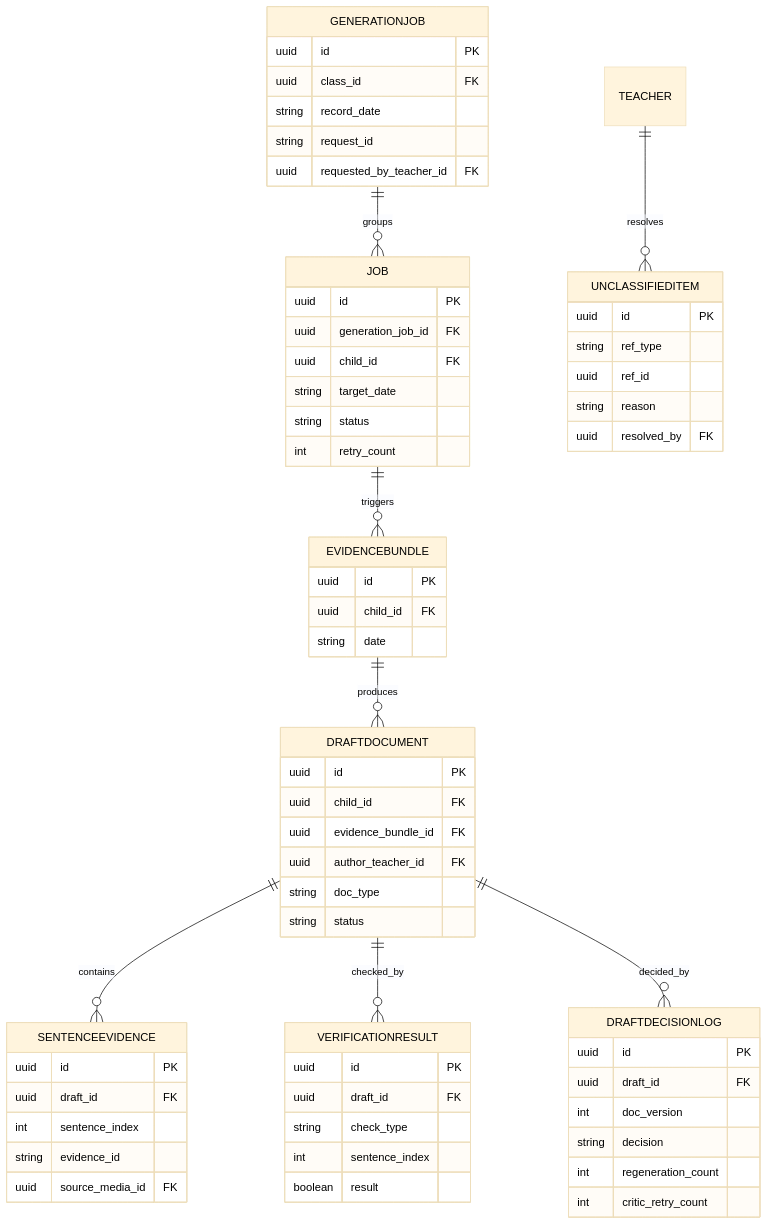
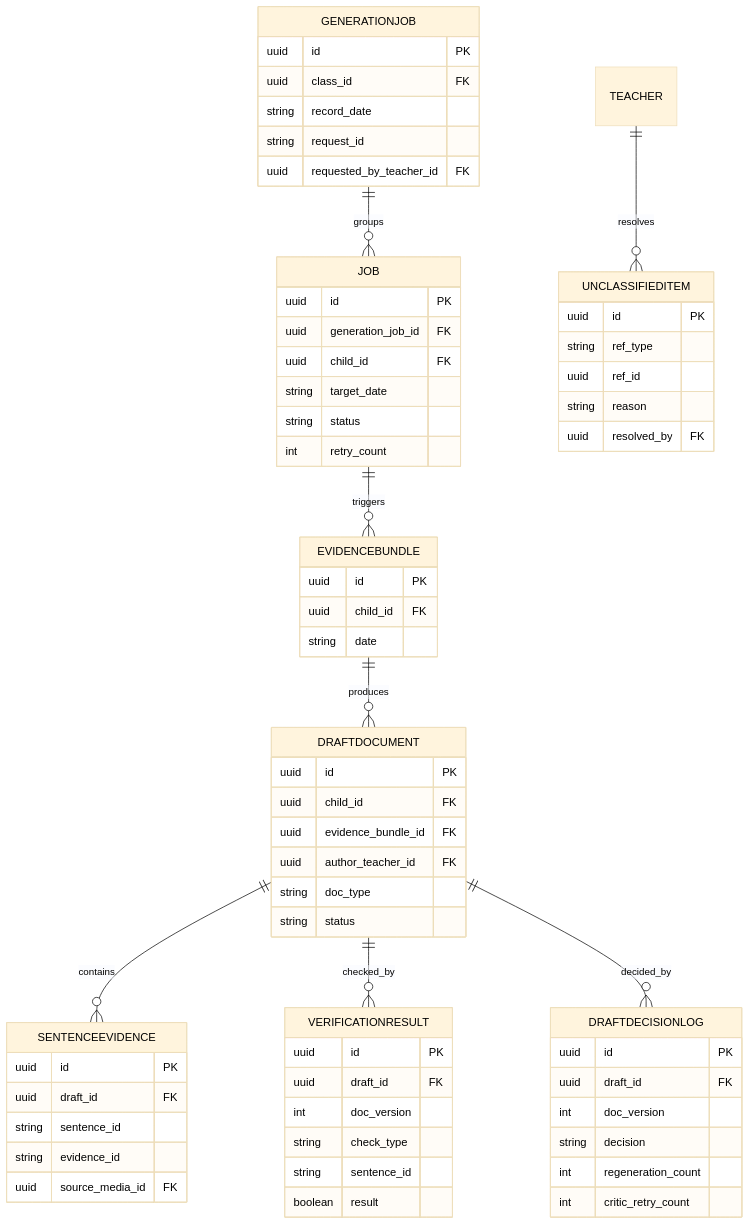
Before and after one commit to kakaotechcampus-4/ktc4-chungnam-4: the fourth of 8 diagrams in docs/테크스펙.md, drawn with Mermaid. The commit also changed other lines of this file and 2 other files, not shown here.

Commit message:
docs: point sentence evidence at sentence_id and version verification logs
순번으로 문장을 가리키면 교사가 문장을 끼워 넣거나 지울 때 근거가 다른 문장을 가리키고(#75), 검증 실패 기록에 버전이 없으면 재생성 전후 사유가 섞입니다(#91). 테크스펙 데이터 모델 ④를 코드보다 먼저 고칩니다.

````diff
--- a/docs/테크스펙.md
+++ b/docs/테크스펙.md
@@ -584,68 +584,69 @@
 ```mermaid
 %%{init: {'theme':'base', 'themeVariables': {'primaryTextColor':'#000000','textColor':'#000000','lineColor':'#000000'}}}%%
 erDiagram
   GENERATIONJOB {
     uuid id PK
     uuid class_id FK
     string record_date
     string request_id
     uuid requested_by_teacher_id FK
   }
   JOB {
     uuid id PK
     uuid generation_job_id FK
     uuid child_id FK
     string target_date
     string status
     int retry_count
   }
   EVIDENCEBUNDLE {
     uuid id PK
     uuid child_id FK
     string date
   }
   DRAFTDOCUMENT {
     uuid id PK
     uuid child_id FK
     uuid evidence_bundle_id FK
     uuid author_teacher_id FK
     string doc_type
     string status
   }
   SENTENCEEVIDENCE {
     uuid id PK
     uuid draft_id FK
-    int sentence_index
+    string sentence_id
     string evidence_id
     uuid source_media_id FK
   }
   VERIFICATIONRESULT {
     uuid id PK
     uuid draft_id FK
+    int doc_version
     string check_type
-    int sentence_index
+    string sentence_id
     boolean result
   }
   DRAFTDECISIONLOG {
     uuid id PK
     uuid draft_id FK
     int doc_version
     string decision
     int regeneration_count
     int critic_retry_count
   }
   UNCLASSIFIEDITEM {
     uuid id PK
     string ref_type
     uuid ref_id
     string reason
     uuid resolved_by FK
   }
   GENERATIONJOB ||--o{ JOB : groups
   JOB ||--o{ EVIDENCEBUNDLE : triggers
   EVIDENCEBUNDLE ||--o{ DRAFTDOCUMENT : produces
   DRAFTDOCUMENT ||--o{ SENTENCEEVIDENCE : contains
   DRAFTDOCUMENT ||--o{ VERIFICATIONRESULT : checked_by
   DRAFTDOCUMENT ||--o{ DRAFTDECISIONLOG : decided_by
   TEACHER ||--o{ UNCLASSIFIEDITEM : resolves
 ```
````
